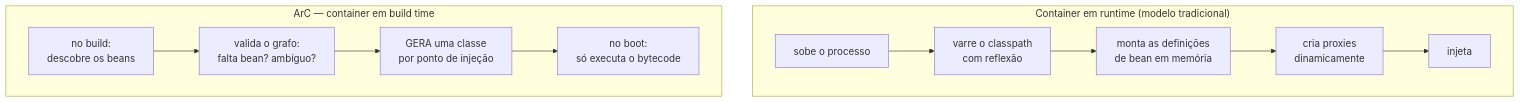
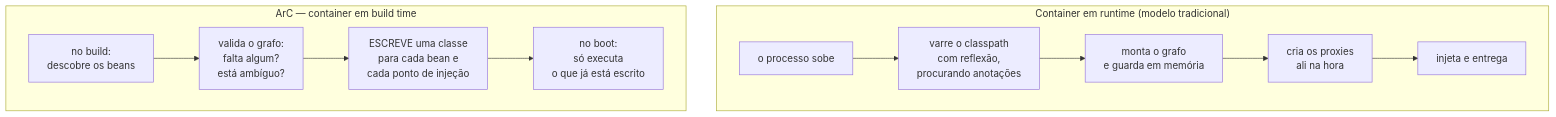
The fourth of 8 diagrams in quarkus/i-como-funciona.md (Gaalfp/pos-fiap-notes), drawn with Mermaid before and after one commit. The commit also changed other lines of this file and 1 other file, not shown here.

````diff
--- a/quarkus/i-como-funciona.md
+++ b/quarkus/i-como-funciona.md
@@ -39,9 +127,9 @@
 ```mermaid
 flowchart TB
     subgraph RT["Container em runtime (modelo tradicional)"]
-        A1["sobe o processo"] --> A2["varre o classpath<br/>com reflexão"] --> A3["monta as definições<br/>de bean em memória"] --> A4["cria proxies<br/>dinamicamente"] --> A5["injeta"]
+        A1["o processo sobe"] --> A2["varre o classpath<br/>com reflexão,<br/>procurando anotações"] --> A3["monta o grafo<br/>e guarda em memória"] --> A4["cria os proxies<br/>ali na hora"] --> A5["injeta e entrega"]
     end
     subgraph BT["ArC — container em build time"]
-        C1["no build:<br/>descobre os beans"] --> C2["valida o grafo:<br/>falta bean? ambíguo?"] --> C3["GERA uma classe<br/>por ponto de injeção"] --> C4["no boot:<br/>só executa o bytecode"]
+        C1["no build:<br/>descobre os beans"] --> C2["valida o grafo:<br/>falta algum?<br/>está ambíguo?"] --> C3["ESCREVE uma classe<br/>para cada bean e<br/>cada ponto de injeção"] --> C4["no boot:<br/>só executa<br/>o que já está escrito"]
     end
 ```
````
